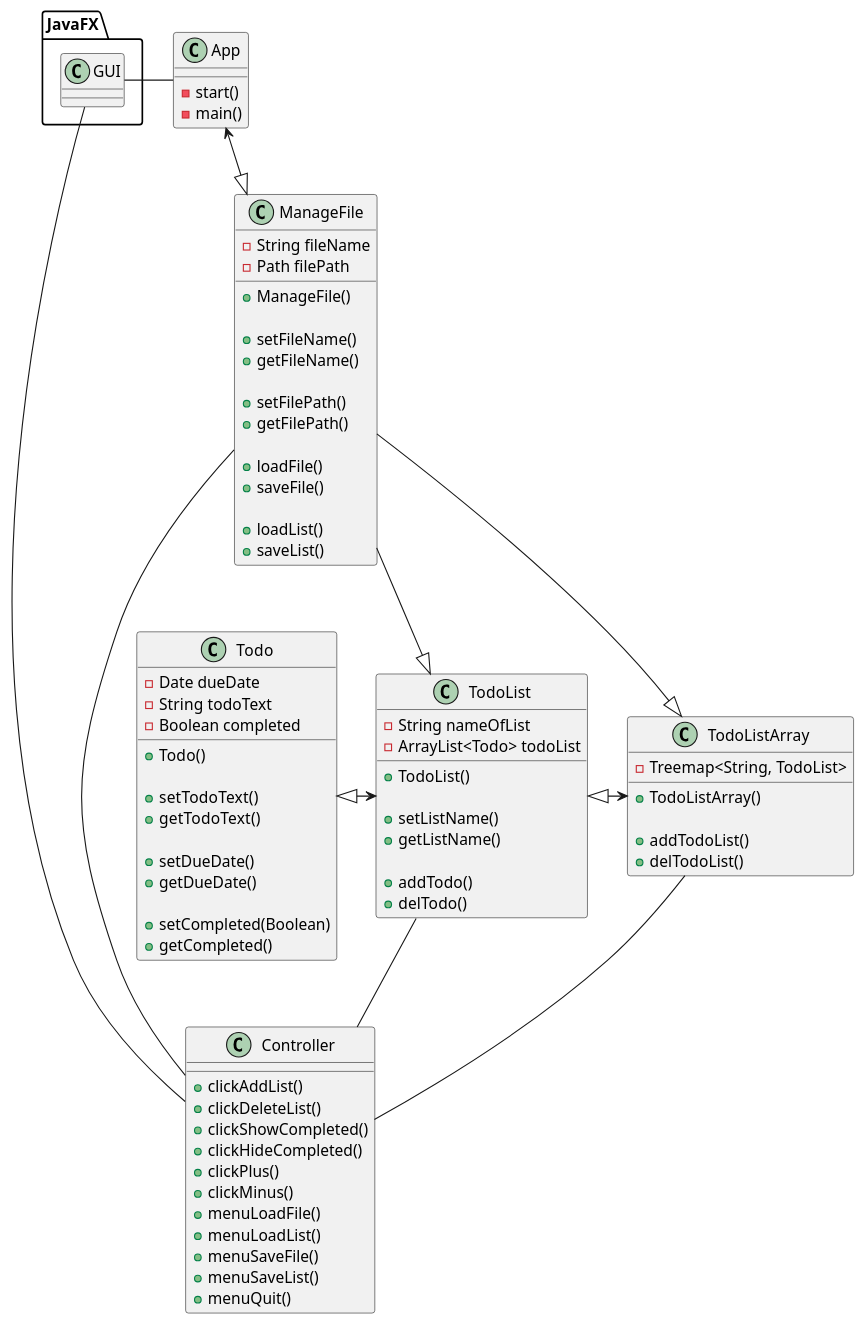
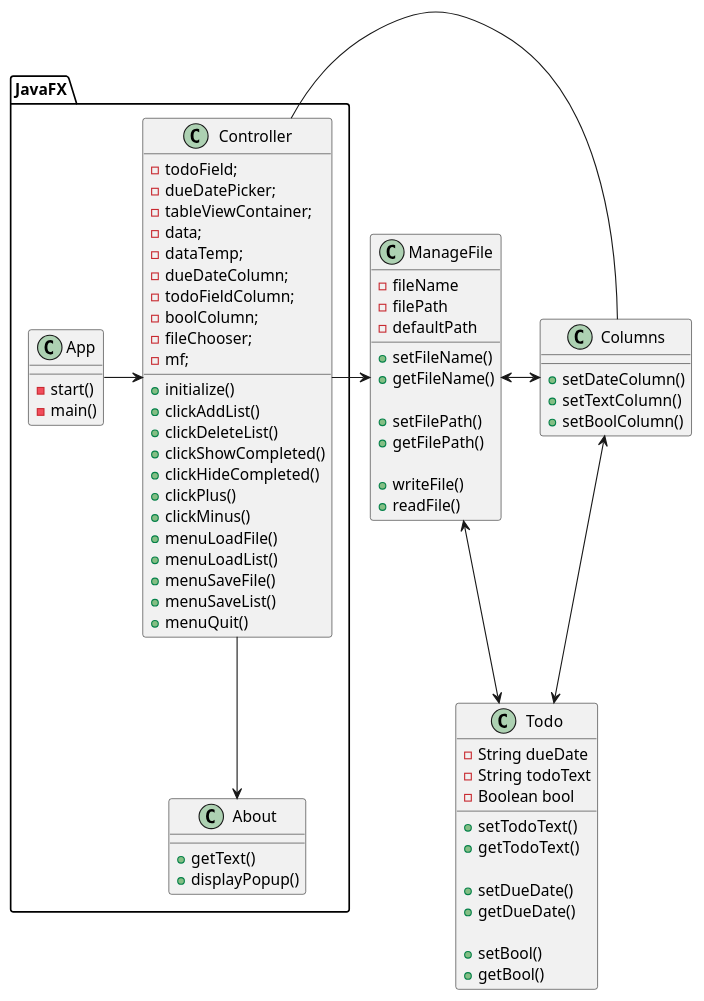
One commit to SlimyMonz/Java-Todo-App changed the diagram in uml/App.puml. Above: the diagram before and after it, drawn with PlantUML. The commit also changed 11 other files, not shown here.

```diff
--- a/uml/App.puml
+++ b/uml/App.puml
@@ -1,105 +1,97 @@
 @startuml
 'https://plantuml.com/class-diagram
 
-class App {
+class JavaFX.App {
 
     -start()
     -main()
 }
 
-class Controller {
+class JavaFX.About {
+    +getText()
+    +displayPopup()
+}
 
+class Columns {
+    +setDateColumn()
+    +setTextColumn()
+    +setBoolColumn()
+}
+
+class JavaFX.Controller {
+
+
+	-todoField;
+	-dueDatePicker;
+	-tableViewContainer;
+	-data;
+	-dataTemp;
+	-dueDateColumn;
+	-todoFieldColumn;
+	-boolColumn;
+	-fileChooser;
+	-mf;
+
+    +initialize()
     +clickAddList()
     +clickDeleteList()
     +clickShowCompleted()
     +clickHideCompleted()
     +clickPlus()
     +clickMinus()
     +menuLoadFile()
     +menuLoadList()
     +menuSaveFile()
     +menuSaveList()
     +menuQuit()
-
 }
 
 class ManageFile {
 
-    -String fileName
-    -Path filePath
-
-    +ManageFile()
+    -fileName
+    -filePath
+    -defaultPath
 
     +setFileName()
     +getFileName()
 
     +setFilePath()
     +getFilePath()
 
-    +loadFile()
-    +saveFile()
-
-    +loadList()
-    +saveList()
-
-}
-
-class TodoListArray {
-    -Treemap<String, TodoList>
-
-    +TodoListArray()
-
-    +addTodoList()
-    +delTodoList()
-}
-
-class TodoList {
-    -String nameOfList
-    -ArrayList<Todo> todoList
-
-    +TodoList()
-
-    +setListName()
-    +getListName()
-
-    +addTodo()
-    +delTodo()
+    +writeFile()
+    +readFile()
 }
 
 class Todo {
 
-    -Date dueDate
+    -String dueDate
     -String todoText
-    -Boolean completed
-
-    +Todo()
+    -Boolean bool
 
     +setTodoText()
     +getTodoText()
 
     +setDueDate()
     +getDueDate()
 
-    +setCompleted(Boolean)
-    +getCompleted()
+    +setBool()
+    +getBool()
 
 }
 
 
-JavaFX.GUI = App
-JavaFX.GUI = Controller
 
-App <--|> ManageFile
-ManageFile --|> TodoListArray
-ManageFile --|> TodoList
-Todo <|-> TodoList
-TodoList <|-> TodoListArray
+JavaFX.App => JavaFX.Controller
 
-ManageFile = Controller
-TodoList ==  Controller
-TodoListArray = Controller
+JavaFX.Controller => ManageFile
+JavaFX.Controller = Columns
+JavaFX.Controller ==> JavaFX.About
+Columns <==> Todo
+ManageFile <=> Todo
+ManageFile <=> Columns
+
 
 
 
 
 @enduml
```
